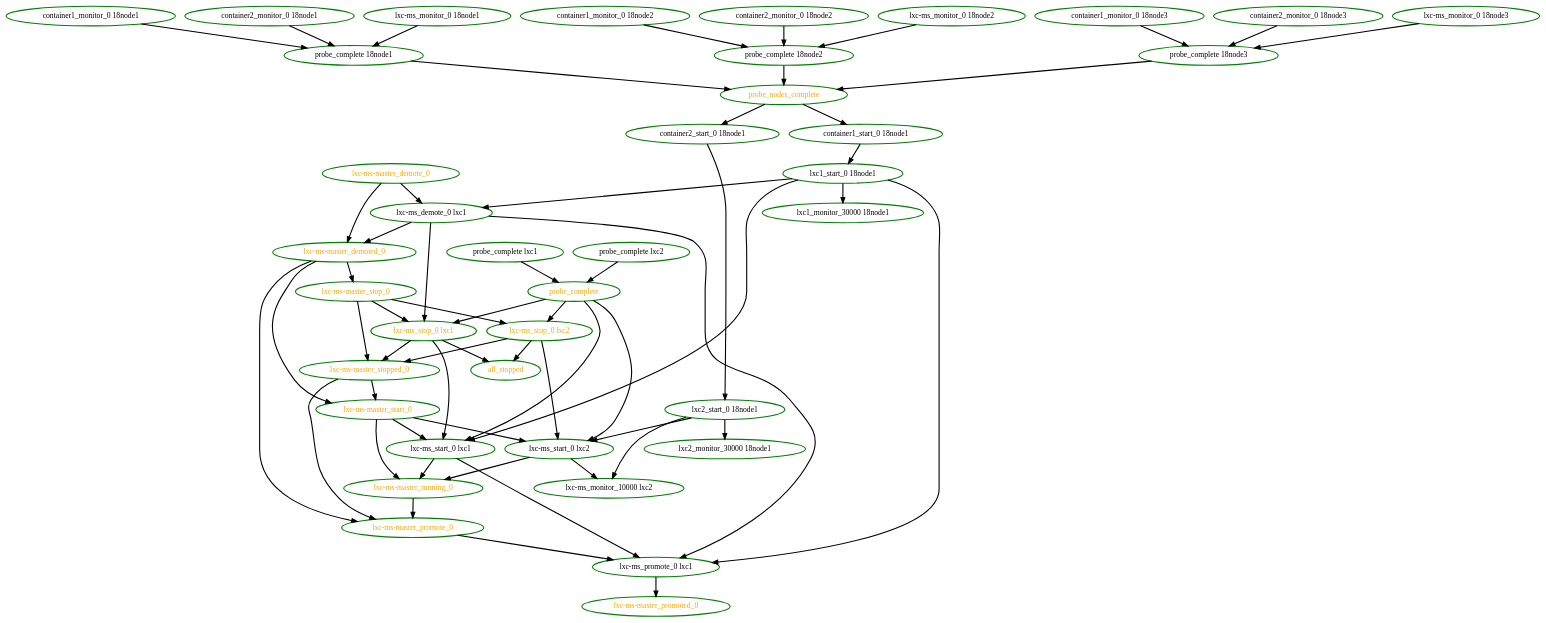
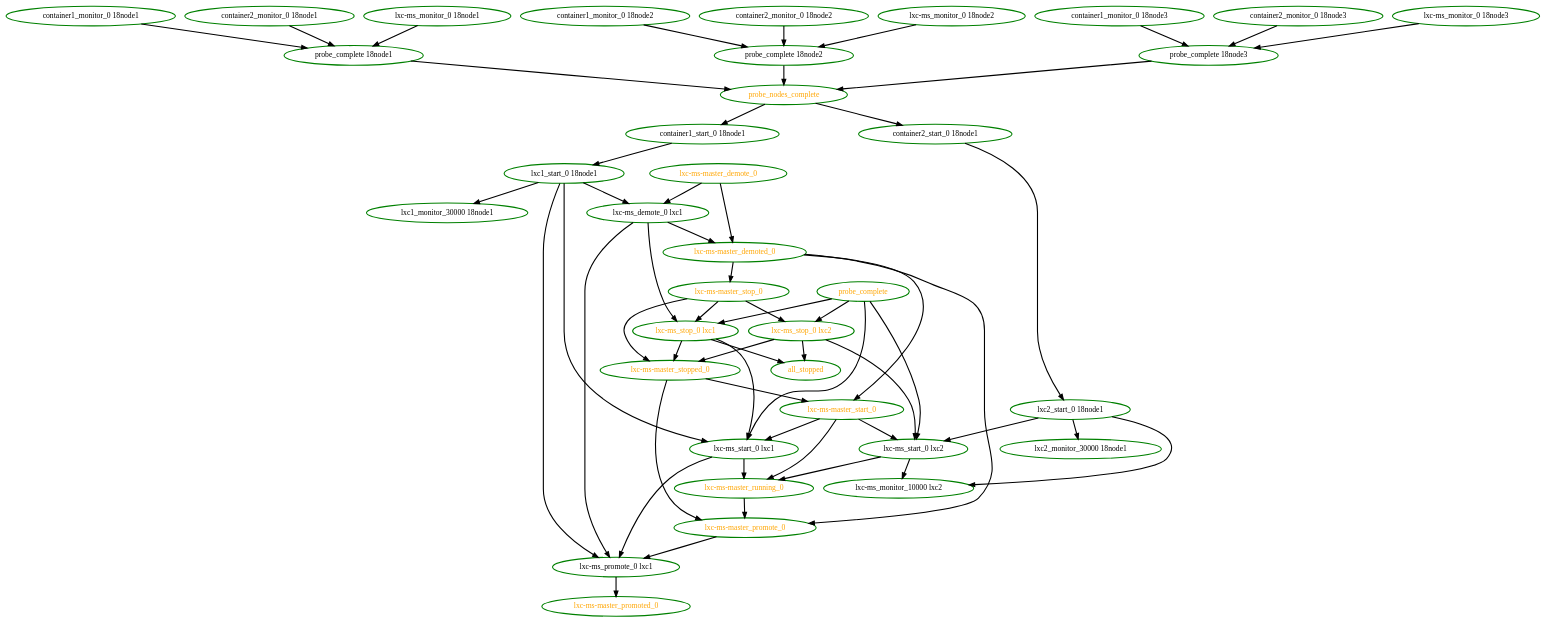
One commit to ClusterLabs/pacemaker changed the diagram in pengine/test10/whitebox-ms-ordering.dot. Above: the diagram before and after it, drawn with Graphviz. The commit also changed 37 other files, not shown here.

```diff
--- a/pengine/test10/whitebox-ms-ordering.dot
+++ b/pengine/test10/whitebox-ms-ordering.dot
@@ -1,98 +1,94 @@
  digraph "g" {
 "all_stopped" [ style=bold color="green" fontcolor="orange"]
 "container1_monitor_0 18node1" -> "probe_complete 18node1" [ style = bold]
 "container1_monitor_0 18node1" [ style=bold color="green" fontcolor="black"]
 "container1_monitor_0 18node2" -> "probe_complete 18node2" [ style = bold]
 "container1_monitor_0 18node2" [ style=bold color="green" fontcolor="black"]
 "container1_monitor_0 18node3" -> "probe_complete 18node3" [ style = bold]
 "container1_monitor_0 18node3" [ style=bold color="green" fontcolor="black"]
 "container1_start_0 18node1" -> "lxc1_start_0 18node1" [ style = bold]
 "container1_start_0 18node1" [ style=bold color="green" fontcolor="black"]
 "container2_monitor_0 18node1" -> "probe_complete 18node1" [ style = bold]
 "container2_monitor_0 18node1" [ style=bold color="green" fontcolor="black"]
 "container2_monitor_0 18node2" -> "probe_complete 18node2" [ style = bold]
 "container2_monitor_0 18node2" [ style=bold color="green" fontcolor="black"]
 "container2_monitor_0 18node3" -> "probe_complete 18node3" [ style = bold]
 "container2_monitor_0 18node3" [ style=bold color="green" fontcolor="black"]
 "container2_start_0 18node1" -> "lxc2_start_0 18node1" [ style = bold]
 "container2_start_0 18node1" [ style=bold color="green" fontcolor="black"]
 "lxc-ms-master_demote_0" -> "lxc-ms-master_demoted_0" [ style = bold]
 "lxc-ms-master_demote_0" -> "lxc-ms_demote_0 lxc1" [ style = bold]
 "lxc-ms-master_demote_0" [ style=bold color="green" fontcolor="orange"]
 "lxc-ms-master_demoted_0" -> "lxc-ms-master_promote_0" [ style = bold]
 "lxc-ms-master_demoted_0" -> "lxc-ms-master_start_0" [ style = bold]
 "lxc-ms-master_demoted_0" -> "lxc-ms-master_stop_0" [ style = bold]
 "lxc-ms-master_demoted_0" [ style=bold color="green" fontcolor="orange"]
 "lxc-ms-master_promote_0" -> "lxc-ms_promote_0 lxc1" [ style = bold]
 "lxc-ms-master_promote_0" [ style=bold color="green" fontcolor="orange"]
 "lxc-ms-master_promoted_0" [ style=bold color="green" fontcolor="orange"]
 "lxc-ms-master_running_0" -> "lxc-ms-master_promote_0" [ style = bold]
 "lxc-ms-master_running_0" [ style=bold color="green" fontcolor="orange"]
 "lxc-ms-master_start_0" -> "lxc-ms-master_running_0" [ style = bold]
 "lxc-ms-master_start_0" -> "lxc-ms_start_0 lxc1" [ style = bold]
 "lxc-ms-master_start_0" -> "lxc-ms_start_0 lxc2" [ style = bold]
 "lxc-ms-master_start_0" [ style=bold color="green" fontcolor="orange"]
 "lxc-ms-master_stop_0" -> "lxc-ms-master_stopped_0" [ style = bold]
 "lxc-ms-master_stop_0" -> "lxc-ms_stop_0 lxc1" [ style = bold]
 "lxc-ms-master_stop_0" -> "lxc-ms_stop_0 lxc2" [ style = bold]
 "lxc-ms-master_stop_0" [ style=bold color="green" fontcolor="orange"]
 "lxc-ms-master_stopped_0" -> "lxc-ms-master_promote_0" [ style = bold]
 "lxc-ms-master_stopped_0" -> "lxc-ms-master_start_0" [ style = bold]
 "lxc-ms-master_stopped_0" [ style=bold color="green" fontcolor="orange"]
 "lxc-ms_demote_0 lxc1" -> "lxc-ms-master_demoted_0" [ style = bold]
 "lxc-ms_demote_0 lxc1" -> "lxc-ms_promote_0 lxc1" [ style = bold]
 "lxc-ms_demote_0 lxc1" -> "lxc-ms_stop_0 lxc1" [ style = bold]
 "lxc-ms_demote_0 lxc1" [ style=bold color="green" fontcolor="black"]
 "lxc-ms_monitor_0 18node1" -> "probe_complete 18node1" [ style = bold]
 "lxc-ms_monitor_0 18node1" [ style=bold color="green" fontcolor="black"]
 "lxc-ms_monitor_0 18node2" -> "probe_complete 18node2" [ style = bold]
 "lxc-ms_monitor_0 18node2" [ style=bold color="green" fontcolor="black"]
 "lxc-ms_monitor_0 18node3" -> "probe_complete 18node3" [ style = bold]
 "lxc-ms_monitor_0 18node3" [ style=bold color="green" fontcolor="black"]
 "lxc-ms_monitor_10000 lxc2" [ style=bold color="green" fontcolor="black"]
 "lxc-ms_promote_0 lxc1" -> "lxc-ms-master_promoted_0" [ style = bold]
 "lxc-ms_promote_0 lxc1" [ style=bold color="green" fontcolor="black"]
 "lxc-ms_start_0 lxc1" -> "lxc-ms-master_running_0" [ style = bold]
 "lxc-ms_start_0 lxc1" -> "lxc-ms_promote_0 lxc1" [ style = bold]
 "lxc-ms_start_0 lxc1" [ style=bold color="green" fontcolor="black"]
 "lxc-ms_start_0 lxc2" -> "lxc-ms-master_running_0" [ style = bold]
 "lxc-ms_start_0 lxc2" -> "lxc-ms_monitor_10000 lxc2" [ style = bold]
 "lxc-ms_start_0 lxc2" [ style=bold color="green" fontcolor="black"]
 "lxc-ms_stop_0 lxc1" -> "all_stopped" [ style = bold]
 "lxc-ms_stop_0 lxc1" -> "lxc-ms-master_stopped_0" [ style = bold]
 "lxc-ms_stop_0 lxc1" -> "lxc-ms_start_0 lxc1" [ style = bold]
 "lxc-ms_stop_0 lxc1" [ style=bold color="green" fontcolor="orange"]
 "lxc-ms_stop_0 lxc2" -> "all_stopped" [ style = bold]
 "lxc-ms_stop_0 lxc2" -> "lxc-ms-master_stopped_0" [ style = bold]
 "lxc-ms_stop_0 lxc2" -> "lxc-ms_start_0 lxc2" [ style = bold]
 "lxc-ms_stop_0 lxc2" [ style=bold color="green" fontcolor="orange"]
 "lxc1_monitor_30000 18node1" [ style=bold color="green" fontcolor="black"]
 "lxc1_start_0 18node1" -> "lxc-ms_demote_0 lxc1" [ style = bold]
 "lxc1_start_0 18node1" -> "lxc-ms_promote_0 lxc1" [ style = bold]
 "lxc1_start_0 18node1" -> "lxc-ms_start_0 lxc1" [ style = bold]
 "lxc1_start_0 18node1" -> "lxc1_monitor_30000 18node1" [ style = bold]
 "lxc1_start_0 18node1" [ style=bold color="green" fontcolor="black"]
 "lxc2_monitor_30000 18node1" [ style=bold color="green" fontcolor="black"]
 "lxc2_start_0 18node1" -> "lxc-ms_monitor_10000 lxc2" [ style = bold]
 "lxc2_start_0 18node1" -> "lxc-ms_start_0 lxc2" [ style = bold]
 "lxc2_start_0 18node1" -> "lxc2_monitor_30000 18node1" [ style = bold]
 "lxc2_start_0 18node1" [ style=bold color="green" fontcolor="black"]
 "probe_complete 18node1" -> "probe_nodes_complete" [ style = bold]
 "probe_complete 18node1" [ style=bold color="green" fontcolor="black"]
 "probe_complete 18node2" -> "probe_nodes_complete" [ style = bold]
 "probe_complete 18node2" [ style=bold color="green" fontcolor="black"]
 "probe_complete 18node3" -> "probe_nodes_complete" [ style = bold]
 "probe_complete 18node3" [ style=bold color="green" fontcolor="black"]
-"probe_complete lxc1" -> "probe_complete" [ style = bold]
-"probe_complete lxc1" [ style=bold color="green" fontcolor="black"]
-"probe_complete lxc2" -> "probe_complete" [ style = bold]
-"probe_complete lxc2" [ style=bold color="green" fontcolor="black"]
 "probe_complete" -> "lxc-ms_start_0 lxc1" [ style = bold]
 "probe_complete" -> "lxc-ms_start_0 lxc2" [ style = bold]
 "probe_complete" -> "lxc-ms_stop_0 lxc1" [ style = bold]
 "probe_complete" -> "lxc-ms_stop_0 lxc2" [ style = bold]
 "probe_complete" [ style=bold color="green" fontcolor="orange"]
 "probe_nodes_complete" -> "container1_start_0 18node1" [ style = bold]
 "probe_nodes_complete" -> "container2_start_0 18node1" [ style = bold]
 "probe_nodes_complete" [ style=bold color="green" fontcolor="orange"]
 }
```
